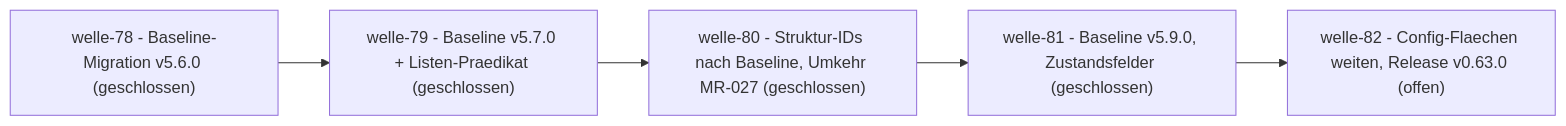
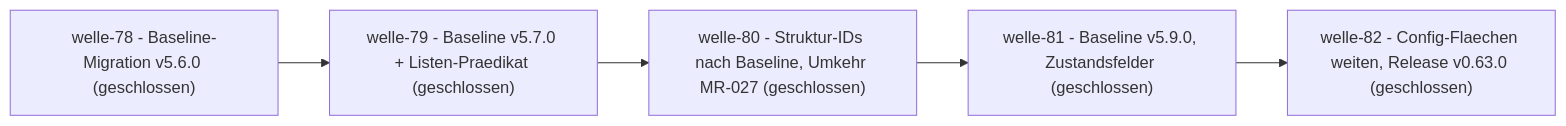
The diagram in docs/plan/planning/in-progress/roadmap.md (pt9912/d-check), drawn with Mermaid before and after one commit. The commit also changed other lines of this file and 12 other files, not shown here.

````diff
--- a/docs/plan/planning/in-progress/roadmap.md
+++ b/docs/plan/planning/in-progress/roadmap.md
@@ -72,12 +70,12 @@
 ```mermaid
 flowchart LR
     W78["welle-78 - Baseline-Migration v5.6.0 (geschlossen)"]
     W79["welle-79 - Baseline v5.7.0 + Listen-Praedikat (geschlossen)"]
     W78 --> W79
     W80["welle-80 - Struktur-IDs nach Baseline, Umkehr MR-027 (geschlossen)"]
     W79 --> W80
     W81["welle-81 - Baseline v5.9.0, Zustandsfelder (geschlossen)"]
-    W82["welle-82 - Config-Flaechen weiten, Release v0.63.0 (offen)"]
+    W82["welle-82 - Config-Flaechen weiten, Release v0.63.0 (geschlossen)"]
     W81 --> W82
     W80 --> W81
 ```
````
